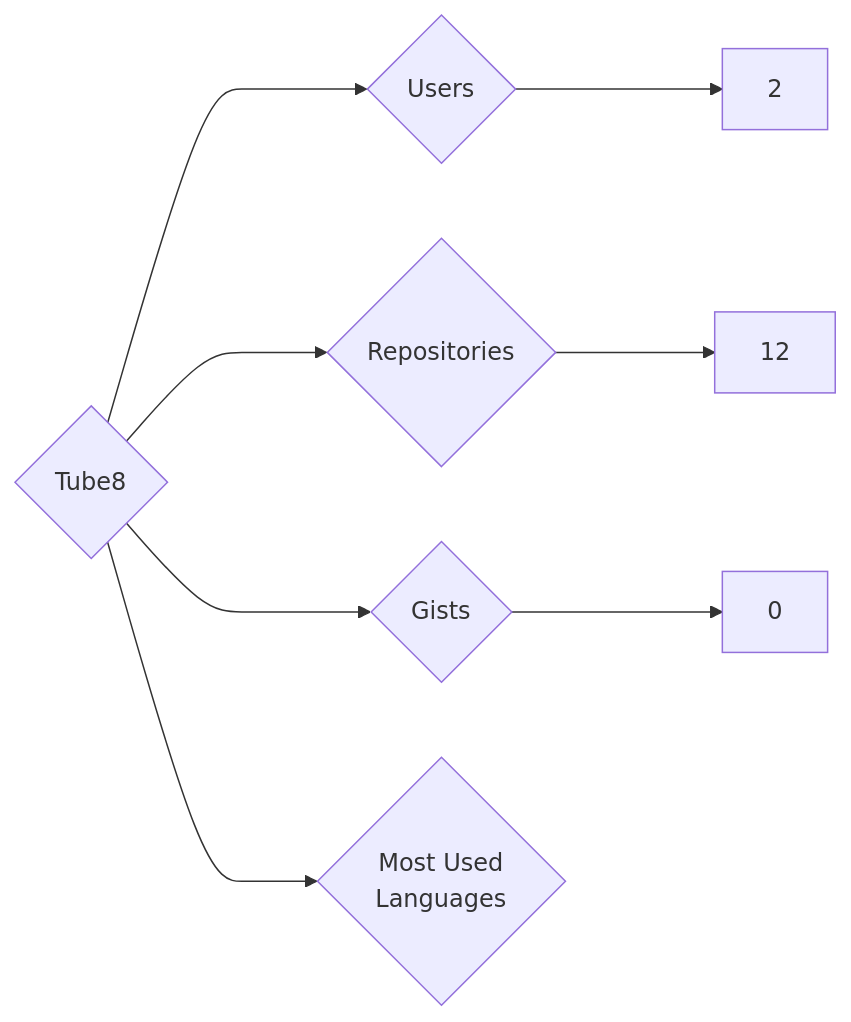
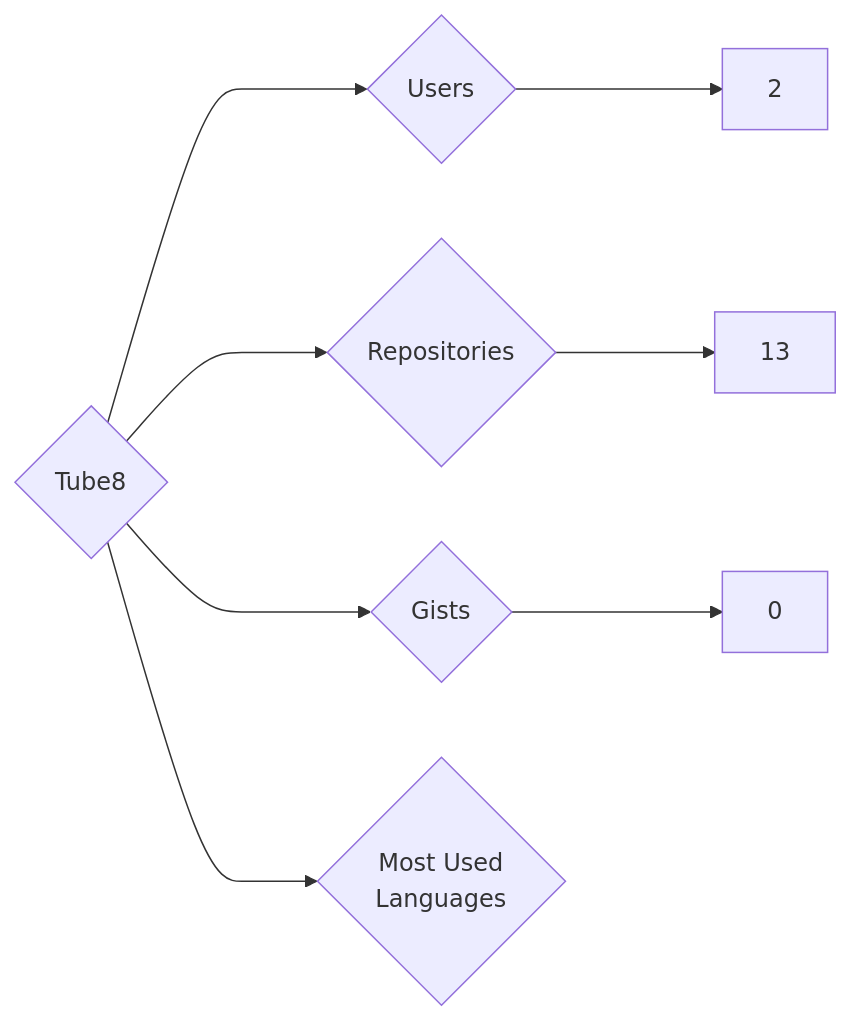
The diagram in targets/Tube8/README.md (nenadzaric/insiders), drawn with Mermaid before and after one commit. The commit also changed 1342 other files, not shown here.

````diff
--- a/targets/Tube8/README.md
+++ b/targets/Tube8/README.md
@@ -3,8 +3,8 @@
 ```mermaid
 graph LR
 COMPANY_NAME{Tube8}
 COMPANY_NAME ---> U{Users} ---> UN[2]
-COMPANY_NAME ---> R{Repositories} ---> RN[12]
+COMPANY_NAME ---> R{Repositories} ---> RN[13]
 COMPANY_NAME ---> G{Gists} ---> GN[0]
 COMPANY_NAME ---> ML{Most Used<br>Languages}
 ```
````
